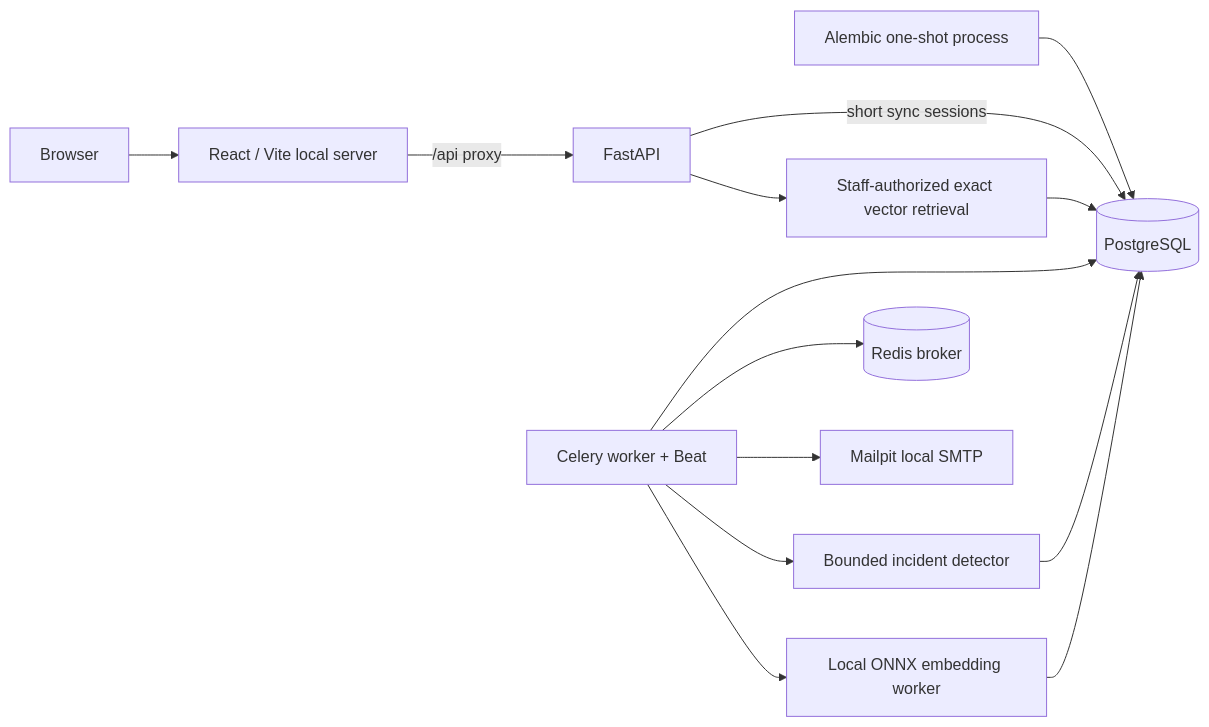
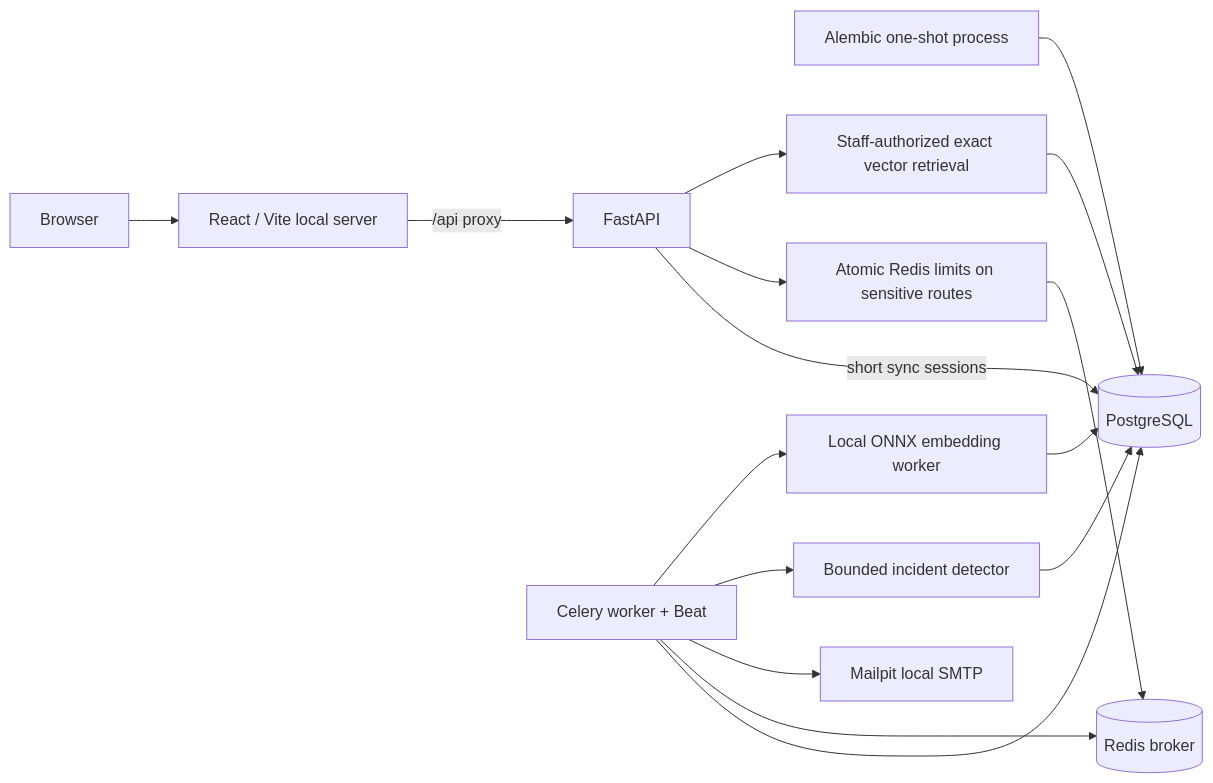
One commit to ree1o/SupportFlowAI changed the first of 2 diagrams in docs/architecture.md. Above: the diagram before and after it, drawn with Mermaid. The commit also changed other lines of this file and 46 other files, not shown here.

````diff
--- a/docs/architecture.md
+++ b/docs/architecture.md
@@ -47,16 +48,18 @@
 ```mermaid
 flowchart LR
     Browser[Browser] --> Frontend[React / Vite local server]
     Frontend -->|/api proxy| API[FastAPI]
     API -->|short sync sessions| DB[(PostgreSQL)]
     Migration[Alembic one-shot process] --> DB
     Worker[Celery worker + Beat] --> DB
     Worker --> Redis[(Redis broker)]
     Worker --> SMTP[Mailpit local SMTP]
+API --> RateLimit[Atomic Redis limits on sensitive routes]
+RateLimit --> Redis
     Worker --> Radar[Bounded incident detector]
     Worker --> Embed[Local ONNX embedding worker]
     Radar --> DB
     Embed --> DB
     API --> Retrieval[Staff-authorized exact vector retrieval]
     Retrieval --> DB
 ```
````
